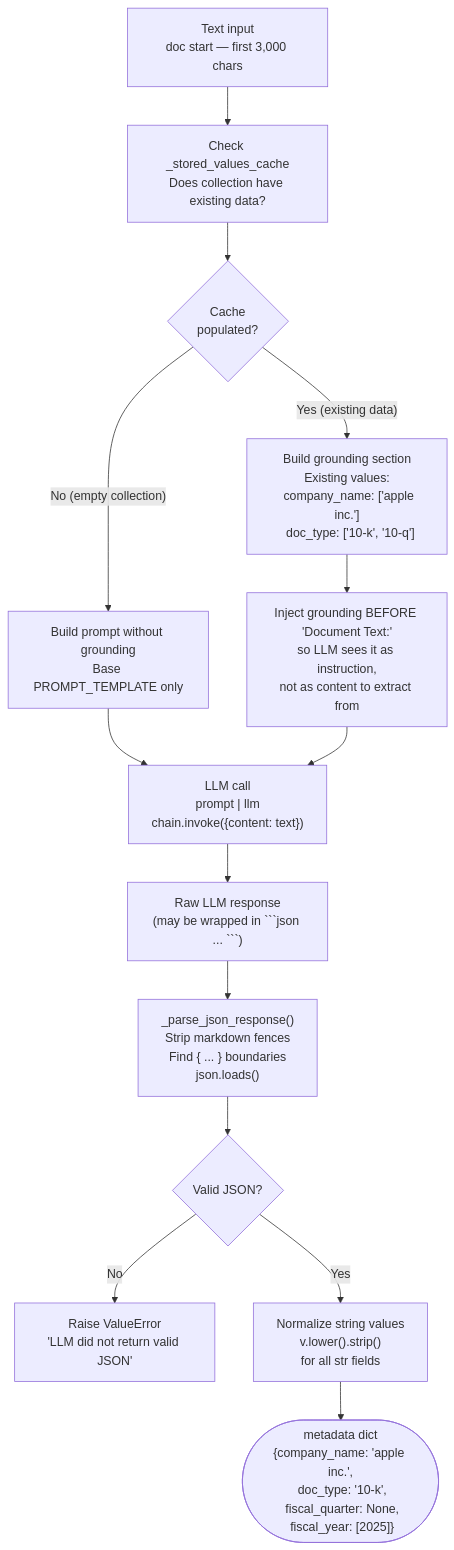
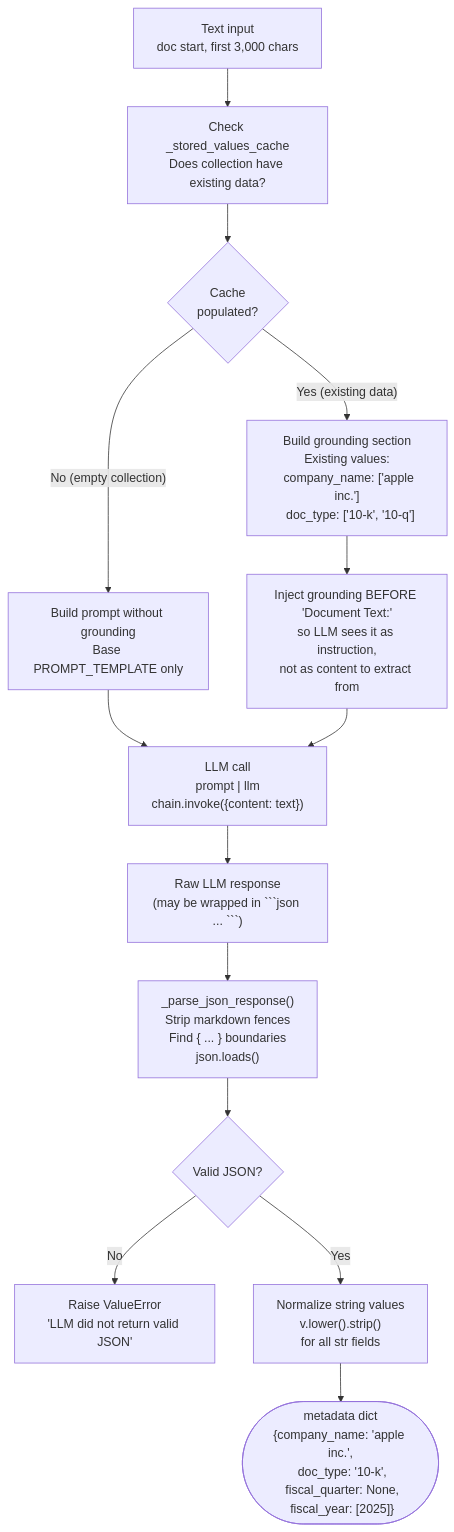
The second of 4 diagrams in docs/architecture/metadata_extraction.md (laxmimerit/RAGWire), drawn with Mermaid before and after one commit. The commit also changed other lines of this file and 37 other files, not shown here.

````diff
--- a/docs/architecture/metadata_extraction.md
+++ b/docs/architecture/metadata_extraction.md
@@ -31,28 +31,28 @@
 ```mermaid
 flowchart TD
-    A["Text input\ndoc start — first 3,000 chars"]
+    A["Text input\ndoc start, first 3,000 chars"]
 
     A --> B["Check _stored_values_cache\nDoes collection have existing data?"]
 
     B --> C{Cache\npopulated?}
 
     C -->|"No (empty collection)"| D["Build prompt without grounding\nBase PROMPT_TEMPLATE only"]
 
     C -->|"Yes (existing data)"| E["Build grounding section\nExisting values:\n  company_name: ['apple inc.']\n  doc_type: ['10-k', '10-q']"]
 
     E --> F["Inject grounding BEFORE 'Document Text:'\nso LLM sees it as instruction,\nnot as content to extract from"]
 
     D --> G["LLM call\nprompt | llm\nchain.invoke({content: text})"]
     F --> G
 
     G --> H["Raw LLM response\n(may be wrapped in ```json ... ```)"]
 
     H --> I["_parse_json_response()\nStrip markdown fences\nFind { ... } boundaries\njson.loads()"]
 
     I --> J{Valid JSON?}
 
     J -->|No| ERR["Raise ValueError\n'LLM did not return valid JSON'"]
     J -->|Yes| K["Normalize string values\nv.lower().strip()\nfor all str fields"]
 
     K --> L(["metadata dict\n{company_name: 'apple inc.',\n doc_type: '10-k',\n fiscal_quarter: None,\n fiscal_year: [2025]}"])
 ```
````
